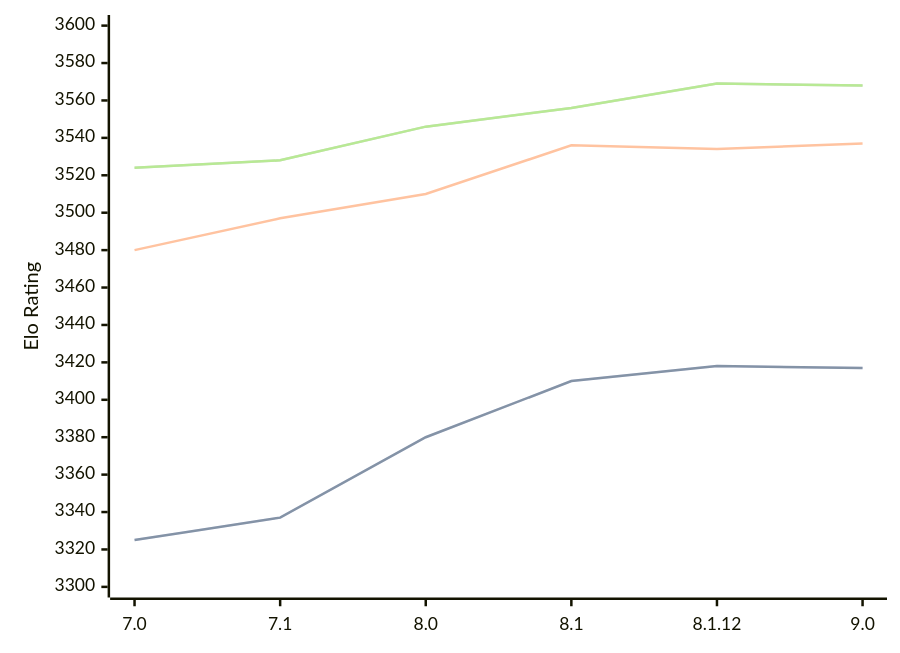
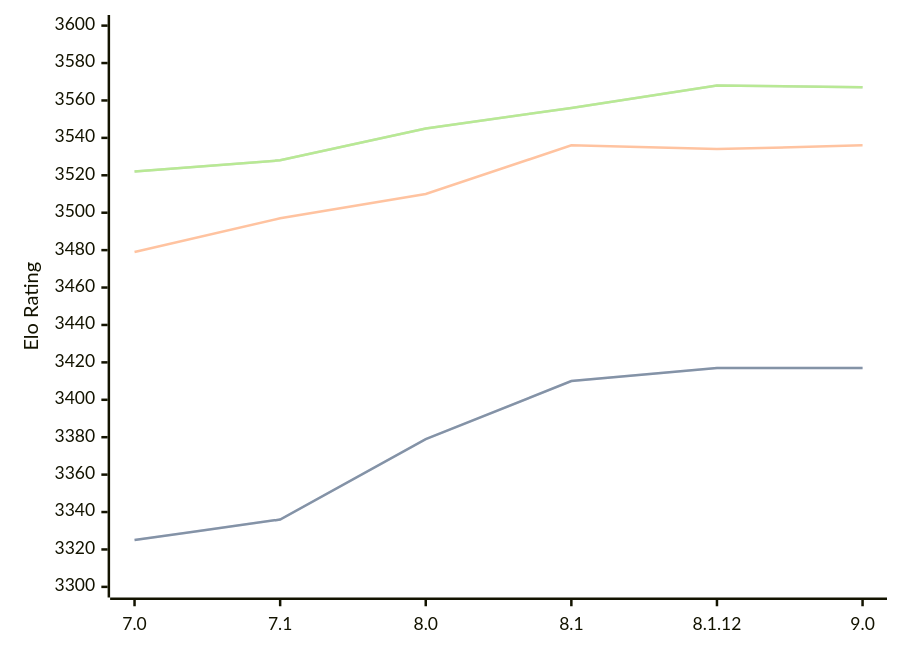
The diagram in engines/Alexandria.md (computer-chess-index/cci), drawn with Mermaid before and after one commit. The commit also changed other lines of this file, not shown here.

Commit message:
Update CCI Ratings (ELO VLTC) - 2026-08-03

````diff
--- a/engines/Alexandria.md
+++ b/engines/Alexandria.md
@@ -55,11 +55,11 @@
 ```mermaid
 %%{init: {"theme":"base","themeVariables":{"seriesColors:['#a3a3a3','#222221','#faa371']}}}%%
 xychart-beta
   x-axis ["7.0", "7.1", "8.0", "8.1", "8.1.12", "9.0"]
   y-axis "Elo Rating" 3300 --> 3600
-  line "STC (8.0+0.08s)" [3325, 3337, 3380, 3410, 3418, 3417]
-  line "STC (8.0+0.08s)" [3325, 3337, 3380, 3410, 3418, 3417]
-  line "LTC (60.0+0.60s)" [3480, 3497, 3510, 3536, 3534, 3537]
-  line "VLTC (2m24s+1.12s)" [3524, 3528, 3546, 3556, 3569, 3568]
-  line "VLTC (2m24s+1.12s)" [3524, 3528, 3546, 3556, 3569, 3568]
+  line "STC (8.0+0.08s)" [3325, 3336, 3379, 3410, 3417, 3417]
+  line "STC (8.0+0.08s)" [3325, 3336, 3379, 3410, 3417, 3417]
+  line "LTC (60.0+0.60s)" [3479, 3497, 3510, 3536, 3534, 3536]
+  line "VLTC (2m24s+1.12s)" [3522, 3528, 3545, 3556, 3568, 3567]
+  line "VLTC (2m24s+1.12s)" [3522, 3528, 3545, 3556, 3568, 3567]
 ```
````
